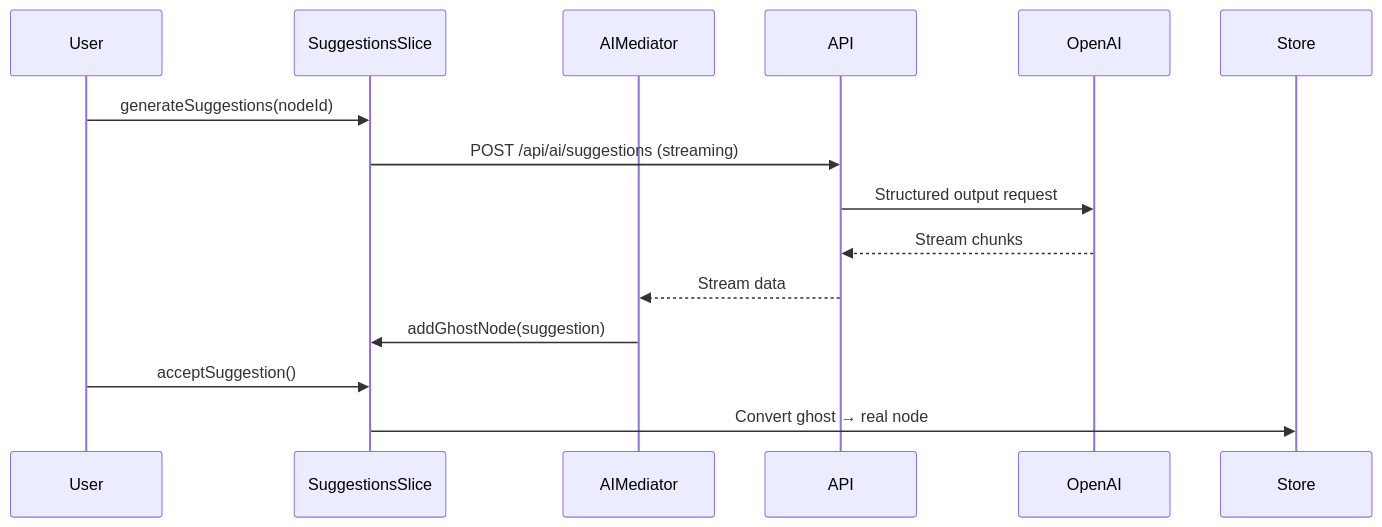
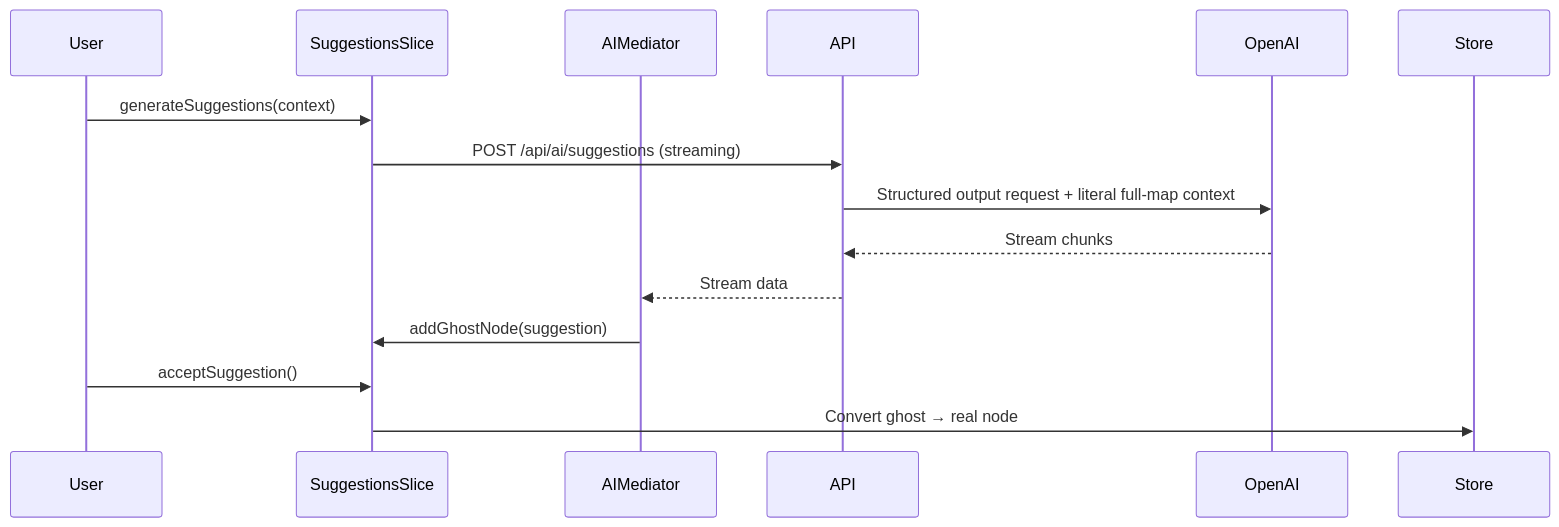
Before and after one commit to kudziajaroslaw98/moistus-ai: the fifth of 6 diagrams in docs/CODEBASE_MAP.md, drawn with Mermaid. The commit also changed other lines of this file and 112 other files, not shown here.

Commit message:
refactor: improve AI suggestion routes and graph suggestion UX

````diff
--- a/docs/CODEBASE_MAP.md
+++ b/docs/CODEBASE_MAP.md
@@ -493,17 +502,17 @@
 ```mermaid
 sequenceDiagram
     participant User
     participant SuggestionsSlice
     participant AIMediator
     participant API
     participant OpenAI
 
-    User->>SuggestionsSlice: generateSuggestions(nodeId)
+    User->>SuggestionsSlice: generateSuggestions(context)
     SuggestionsSlice->>API: POST /api/ai/suggestions (streaming)
-    API->>OpenAI: Structured output request
+    API->>OpenAI: Structured output request + literal full-map context
     OpenAI-->>API: Stream chunks
     API-->>AIMediator: Stream data
     AIMediator->>SuggestionsSlice: addGhostNode(suggestion)
     User->>SuggestionsSlice: acceptSuggestion()
     SuggestionsSlice->>Store: Convert ghost → real node
 ```
````
